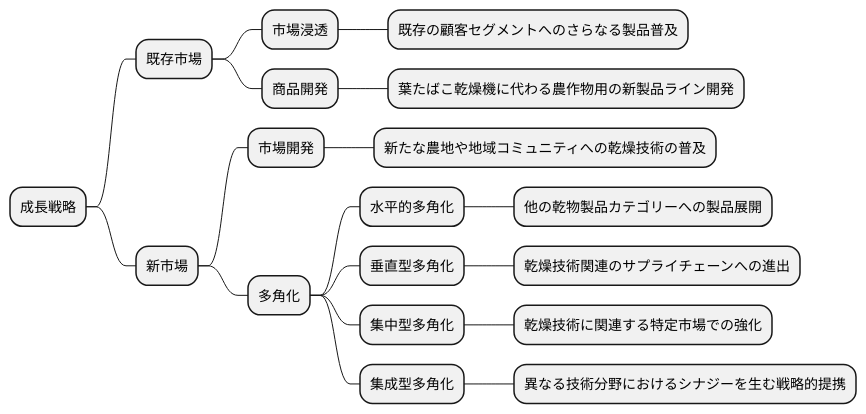
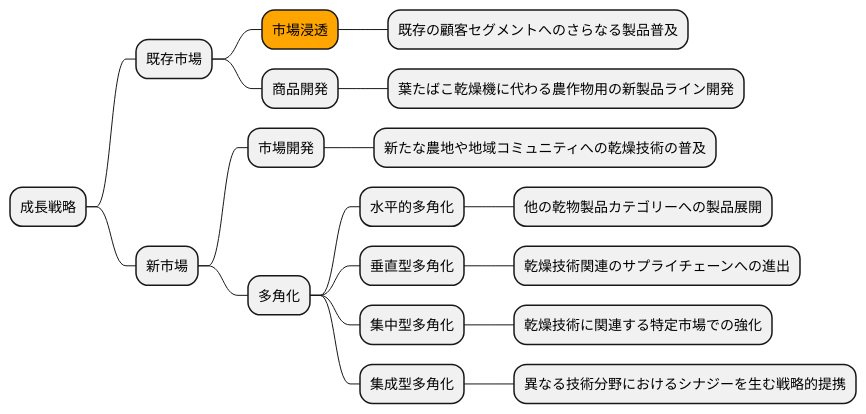
The sixth of 16 diagrams in docs/case/r01_case_1.adoc (k2works/case-sutudy-business-analysis), drawn with PlantUML before and after one commit. The commit also changed other lines of this file, not shown here.

```diff
--- a/docs/case/r01_case_1.adoc
+++ b/docs/case/r01_case_1.adoc
@@ -196,26 +195,25 @@
 [plantuml]
 ----
 @startmindmap
 
 * 成長戦略
 ** 既存市場
-*** 市場浸透
+***[#orange] 市場浸透
 **** 既存の顧客セグメントへのさらなる製品普及
 *** 商品開発
 **** 葉たばこ乾燥機に代わる農作物用の新製品ライン開発
-
 ** 新市場
 *** 市場開発
 **** 新たな農地や地域コミュニティへの乾燥技術の普及
 *** 多角化
 **** 水平的多角化
 ***** 他の乾物製品カテゴリーへの製品展開
 **** 垂直型多角化
 ***** 乾燥技術関連のサプライチェーンへの進出
 **** 集中型多角化
 ***** 乾燥技術に関連する特定市場での強化
 **** 集成型多角化
 ***** 異なる技術分野におけるシナジーを生む戦略的提携
 
 @endmindmap
 ----
```
